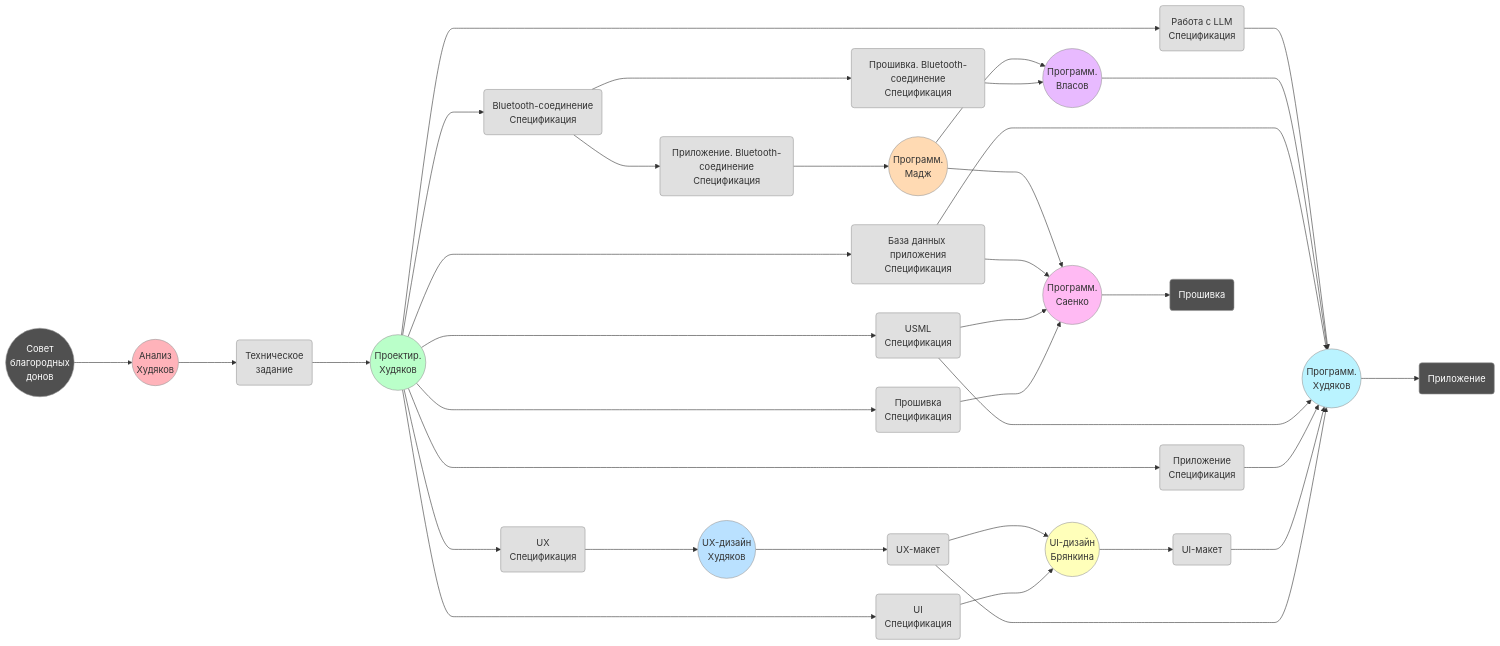
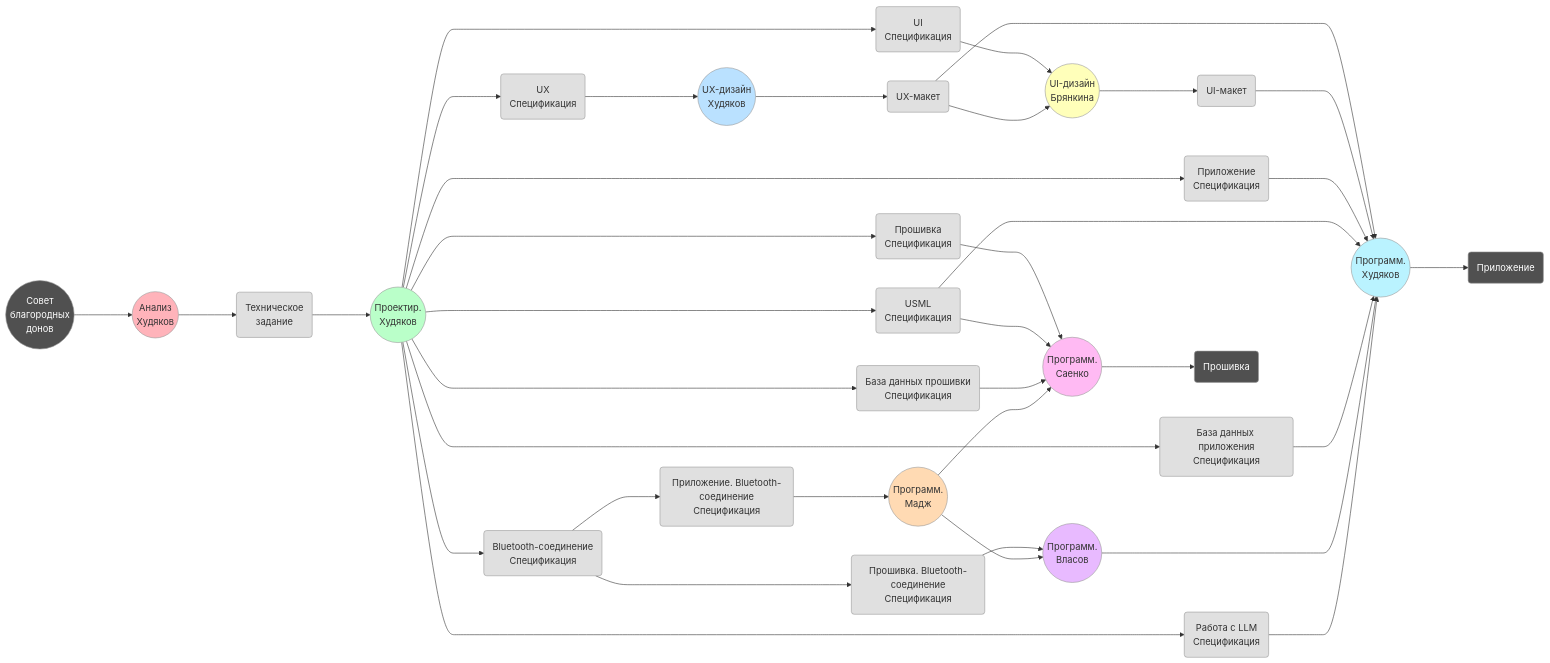
Before and after one commit to KhudyakovAlex/Synapse: the diagram in Project/process.md, drawn with Mermaid. The commit also changed 4 other files, not shown here.

````diff
--- a/Project/process.md
+++ b/Project/process.md
@@ -22,6 +22,7 @@
     PRO ---> DSAPP
     PRO ---> DSP
     PRO ---> DSDB
+    PRO ---> DSFWDB
     PRO ---> DSB
     PRO ---> DSLLM
 
@@ -29,6 +30,7 @@
     DSUI(UI<br>Спецификация)
     DSAPP(Приложение<br>Спецификация)
     DSDB(База данных приложения<br>Спецификация)
+    DSFWDB(База данных прошивки<br>Спецификация)
     DSP(USML<br>Спецификация)
     DSB(Bluetooth-соединение<br>Спецификация)
     DSLLM(Работа с LLM<br>Спецификация)
@@ -71,7 +73,7 @@
 
     DSFW ---> FWD
     DSP ---> FWD
-    DSDB ---> FWD
+    DSFWDB ---> FWD
     FWB ---> FWD
 
     APPD(( Программ.<br>Худяков ))
@@ -105,6 +107,7 @@
     style UIUI fill:#E0E0E0,stroke:#999
     style DSFWB fill:#E0E0E0,stroke:#999
     style DSAPPB fill:#E0E0E0,stroke:#999
+    style DSFWDB fill:#E0E0E0,stroke:#999
     style FW fill:#505050,stroke:#999,color:#fff
     style APP fill:#505050,stroke:#999,color:#fff
 
@@ -119,5 +122,6 @@
     click DSFW "PDS/SynapsePDS_FW.html"
     click DSFWB "PDS/SynapsePDS_FW_Bluetooth.html"
     click DSAPPB "PDS/SynapsePDS_APP_Bluetooth.html"
+    click DSFWDB "PDS/SynapsePDS_FW_DB.html"
 
 ```
````
